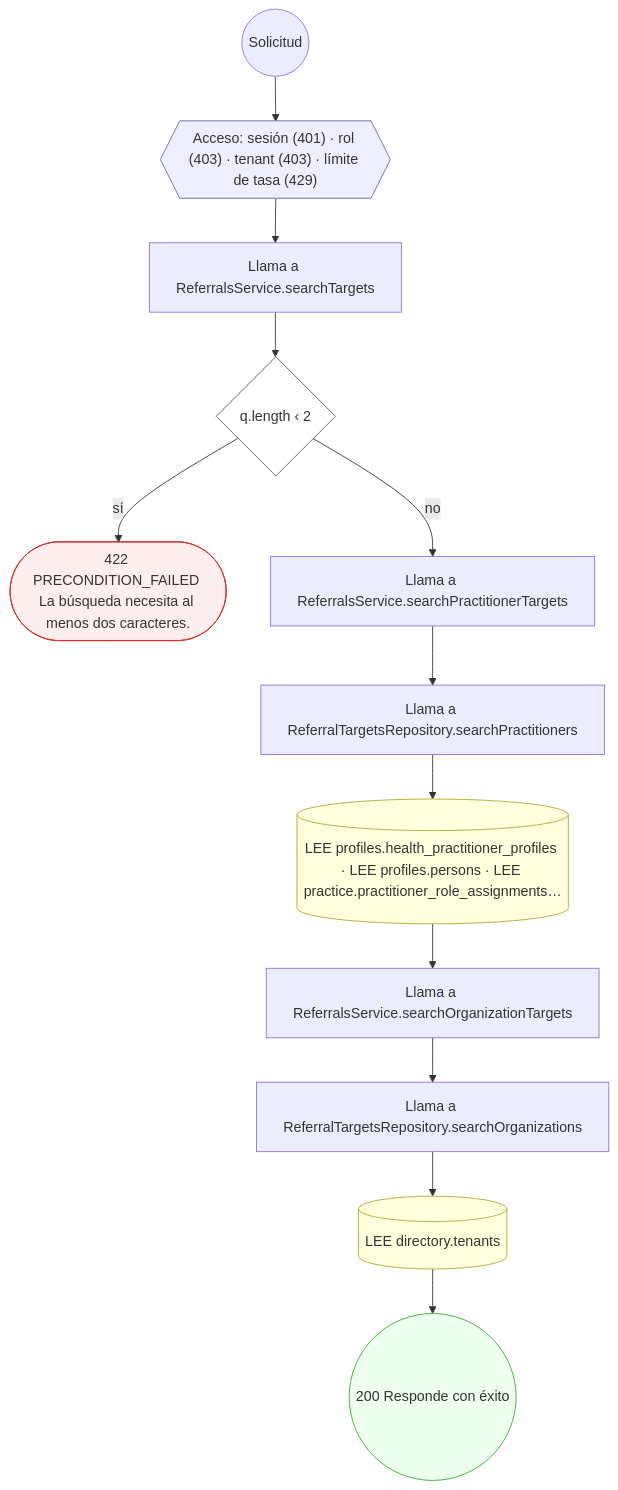
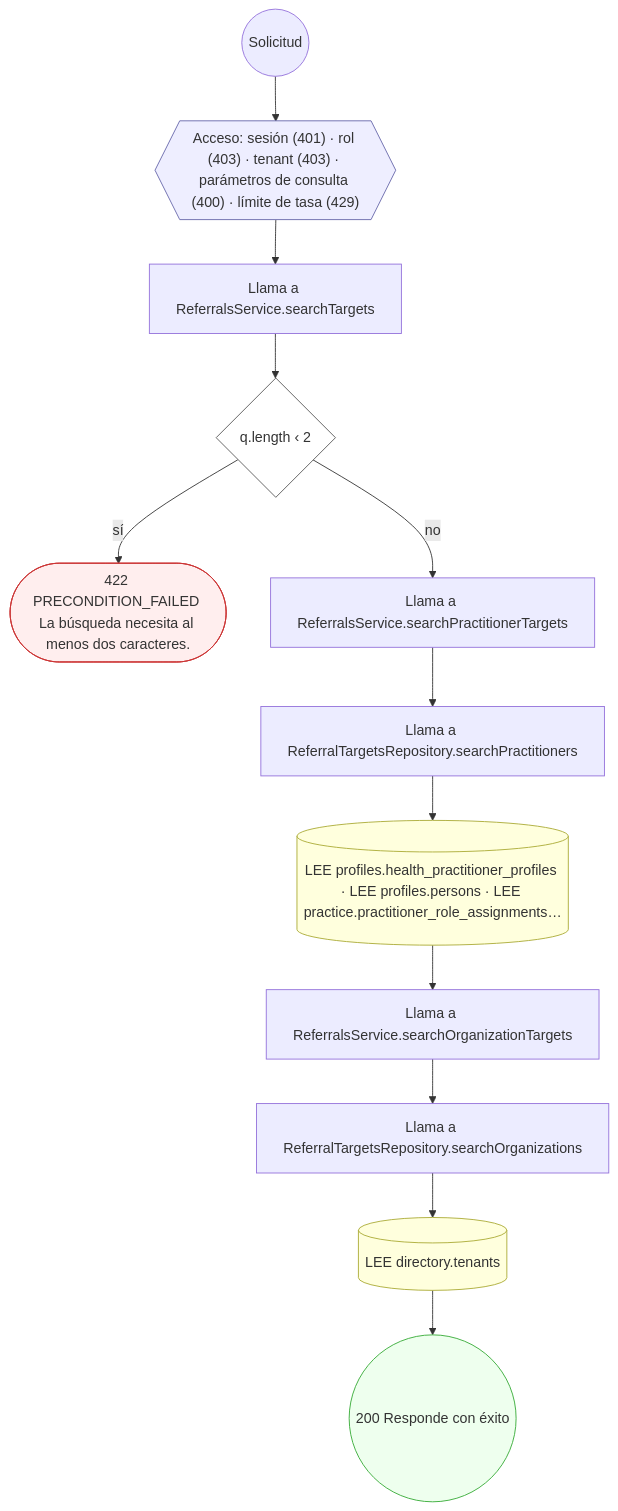
Diagram 28 of 31 in docs/inventario/flujos/clinical_ext.md (mdavila-2001/mantra-core-health-api), drawn with Mermaid before and after one commit. The commit also changed other lines of this file and 25 other files, not shown here.

````diff
--- a/docs/inventario/flujos/clinical_ext.md
+++ b/docs/inventario/flujos/clinical_ext.md
@@ -2198,32 +2199,32 @@
 ```mermaid
 flowchart TD
   n1(("Solicitud")):::inicio
-  n2{{"Acceso: sesión (401) · rol (403) · tenant (403) · límite de tasa (429)"}}:::acceso
+  n2{{"Acceso: sesión (401) · rol (403) · tenant (403) · parámetros de consulta (400) · límite de tasa (429)"}}:::acceso
   n1 --> n2
   n3["Llama a ReferralsService.searchTargets"]:::llamada
   n2 --> n3
   n4{"q.length ‹ 2"}:::decision
   n3 --> n4
   n5(["422 PRECONDITION_FAILED La búsqueda necesita al menos dos caracteres."]):::error
   n4 -->|"sí"| n5
   n6["Llama a ReferralsService.searchPractitionerTargets"]:::llamada
   n4 -->|"no"| n6
   n7["Llama a ReferralTargetsRepository.searchPractitioners"]:::llamada
   n6 --> n7
   n8[("LEE profiles.health_practitioner_profiles · LEE profiles.persons · LEE practice.practitioner_role_assignments…")]:::efecto
   n7 --> n8
   n9["Llama a ReferralsService.searchOrganizationTargets"]:::llamada
   n8 --> n9
   n10["Llama a ReferralTargetsRepository.searchOrganizations"]:::llamada
   n9 --> n10
   n11[("LEE directory.tenants")]:::efecto
   n10 --> n11
   n12(("200 Responde con éxito")):::ok
   n11 --> n12
   classDef acceso fill:#eef,stroke:#66a
   classDef error fill:#fee,stroke:#c33
   classDef ok fill:#efe,stroke:#3a3
   classDef efecto fill:#ffd,stroke:#aa3
   classDef decision fill:#fff,stroke:#555
   classDef corte fill:#eee,stroke:#999,stroke-dasharray: 4
 ```
````
